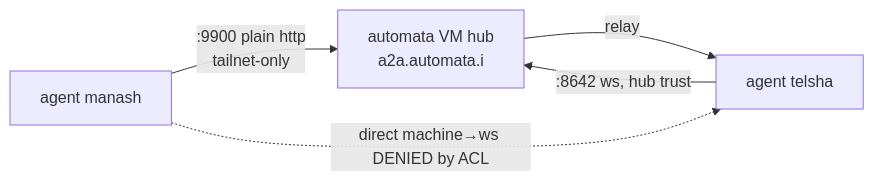
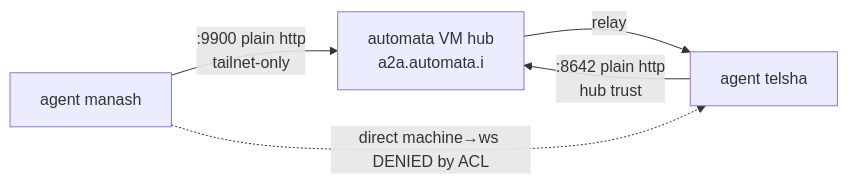
The fourth of 8 diagrams in apps/docs/docs/architecture/dataflow.md (shikanime-studio/websites), drawn with Mermaid before and after one commit. The commit also changed other lines of this file and 16 other files, not shown here.

````diff
--- a/apps/docs/docs/architecture/dataflow.md
+++ b/apps/docs/docs/architecture/dataflow.md
@@ -60,7 +60,7 @@
 ```mermaid
 flowchart LR
   A1[agent manash] -->|":9900 plain http<br/>tailnet-only"| HUB
-  A2[agent telsha] -->|":8642 ws, hub trust"| HUB["automata VM hub<br/>a2a.automata.i"]
+  A2[agent telsha] -->|":8642 plain http<br/>hub trust"| HUB["automata VM hub<br/>a2a.automata.i"]
   HUB -->|relay| A2
   A1 -.->|"direct machine→ws DENIED by ACL"| A2
 ```
````
